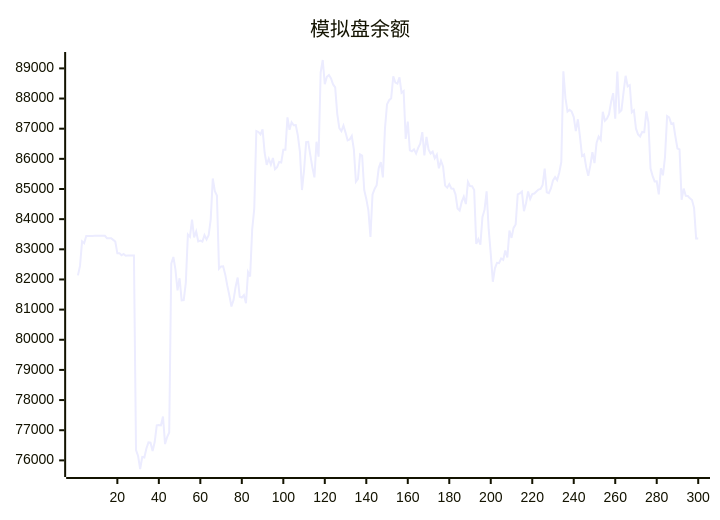
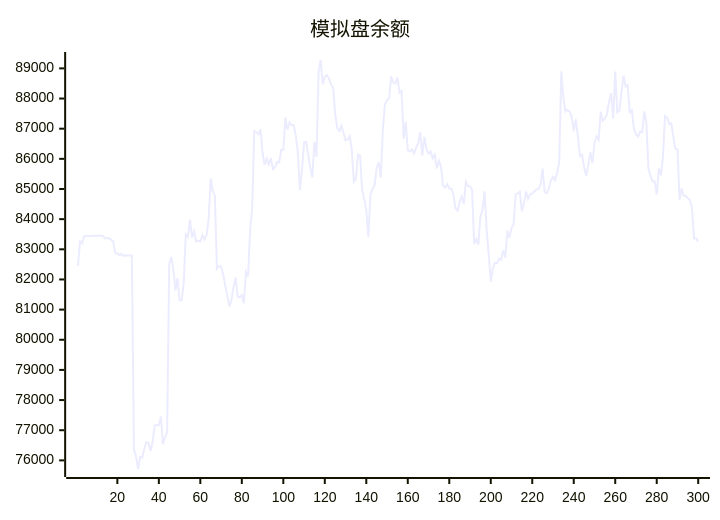
Before and after one commit to aahl/ai-trading: the diagram in README.md, drawn with Mermaid. The commit also changed other lines of this file and 1 other file, not shown here.

````diff
--- a/README.md
+++ b/README.md
@@ -5,5 +5,5 @@
 ```mermaid
 xychart
     title "模拟盘余额"
-    line [82135,82449,83264,83203,83440,83439,83440,83440,83446,83447,83448,83447,83448,83449,83369,83369,83369,83313,83256,82872,82873,82801,82844,82785,82791,82791,82793,82794,76339,76145,75714,76110,76096,76397,76594,76585,76310,76607,77160,77170,77160,77456,76541,76774,76927,82520,82744,82337,81639,82040,81307,81314,81887,83490,83414,83984,83396,83594,83261,83287,83253,83470,83327,83465,83987,85348,84930,84786,82355,82433,82438,82167,81795,81466,81105,81315,81756,82064,81426,81398,81481,81210,82242,82099,83658,84359,86925,86892,86814,86980,86203,85802,86003,85811,86028,85657,85721,85896,85880,86300,86299,87378,86965,87214,87115,87118,86780,86238,84966,85623,86555,86562,86129,85722,85387,86569,86070,88870,89278,88477,88720,88781,88668,88467,88372,87493,87018,86917,87102,86870,86613,86644,86758,86317,85242,85334,86149,86106,84968,84671,84302,83410,84816,85001,85127,85693,85891,85384,87001,87811,87945,88007,88734,88528,88495,88705,88189,88248,86662,87234,86279,86251,86314,86177,86364,86503,86886,86114,86731,86310,86176,86240,86017,86136,85685,85938,85749,85111,85044,85164,85016,85008,84824,84354,84287,84572,84745,84500,85234,85096,85095,84970,83180,83338,83157,84070,84309,84922,83667,82850,81924,82369,82552,82539,82695,82648,82962,82728,83619,83378,83710,83825,84819,84854,84917,84265,84527,84919,84668,84834,84850,84916,84981,85004,85131,85674,84891,84864,85019,85284,85393,85294,85538,85894,88904,88012,87567,87625,87568,87386,86920,87313,86737,86094,86143,85725,85437,85787,86219,85859,86526,86740,86630,87563,87264,87335,87483,87886,88180,87335,88894,87544,87608,88207,88755,88401,88444,87543,87608,87000,86810,86740,86894,86884,87576,87209,85686,85435,85251,85255,84820,85689,85453,86066,87420,87373,87161,87178,86740,86341,86315,84643,85012,84772,84768,84690,84635,84376,83360,83357]
+    line [82449,83264,83203,83440,83439,83440,83440,83446,83447,83448,83447,83448,83449,83369,83369,83369,83313,83256,82872,82873,82801,82844,82785,82791,82791,82793,82794,76339,76145,75714,76110,76096,76397,76594,76585,76310,76607,77160,77170,77160,77456,76541,76774,76927,82520,82744,82337,81639,82040,81307,81314,81887,83490,83414,83984,83396,83594,83261,83287,83253,83470,83327,83465,83987,85348,84930,84786,82355,82433,82438,82167,81795,81466,81105,81315,81756,82064,81426,81398,81481,81210,82242,82099,83658,84359,86925,86892,86814,86980,86203,85802,86003,85811,86028,85657,85721,85896,85880,86300,86299,87378,86965,87214,87115,87118,86780,86238,84966,85623,86555,86562,86129,85722,85387,86569,86070,88870,89278,88477,88720,88781,88668,88467,88372,87493,87018,86917,87102,86870,86613,86644,86758,86317,85242,85334,86149,86106,84968,84671,84302,83410,84816,85001,85127,85693,85891,85384,87001,87811,87945,88007,88734,88528,88495,88705,88189,88248,86662,87234,86279,86251,86314,86177,86364,86503,86886,86114,86731,86310,86176,86240,86017,86136,85685,85938,85749,85111,85044,85164,85016,85008,84824,84354,84287,84572,84745,84500,85234,85096,85095,84970,83180,83338,83157,84070,84309,84922,83667,82850,81924,82369,82552,82539,82695,82648,82962,82728,83619,83378,83710,83825,84819,84854,84917,84265,84527,84919,84668,84834,84850,84916,84981,85004,85131,85674,84891,84864,85019,85284,85393,85294,85538,85894,88904,88012,87567,87625,87568,87386,86920,87313,86737,86094,86143,85725,85437,85787,86219,85859,86526,86740,86630,87563,87264,87335,87483,87886,88180,87335,88894,87544,87608,88207,88755,88401,88444,87543,87608,87000,86810,86740,86894,86884,87576,87209,85686,85435,85251,85255,84820,85689,85453,86066,87420,87373,87161,87178,86740,86341,86315,84643,85012,84772,84768,84690,84635,84376,83360,83357,83259]
 ```
````
